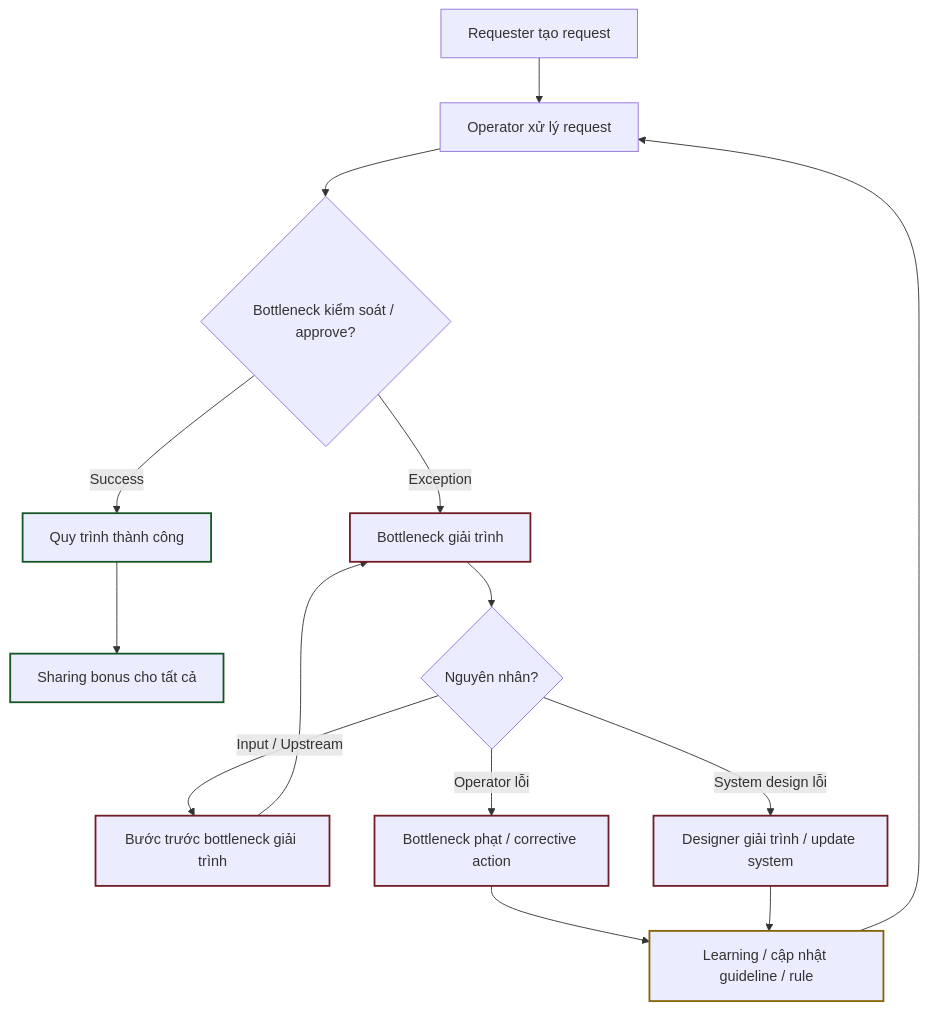
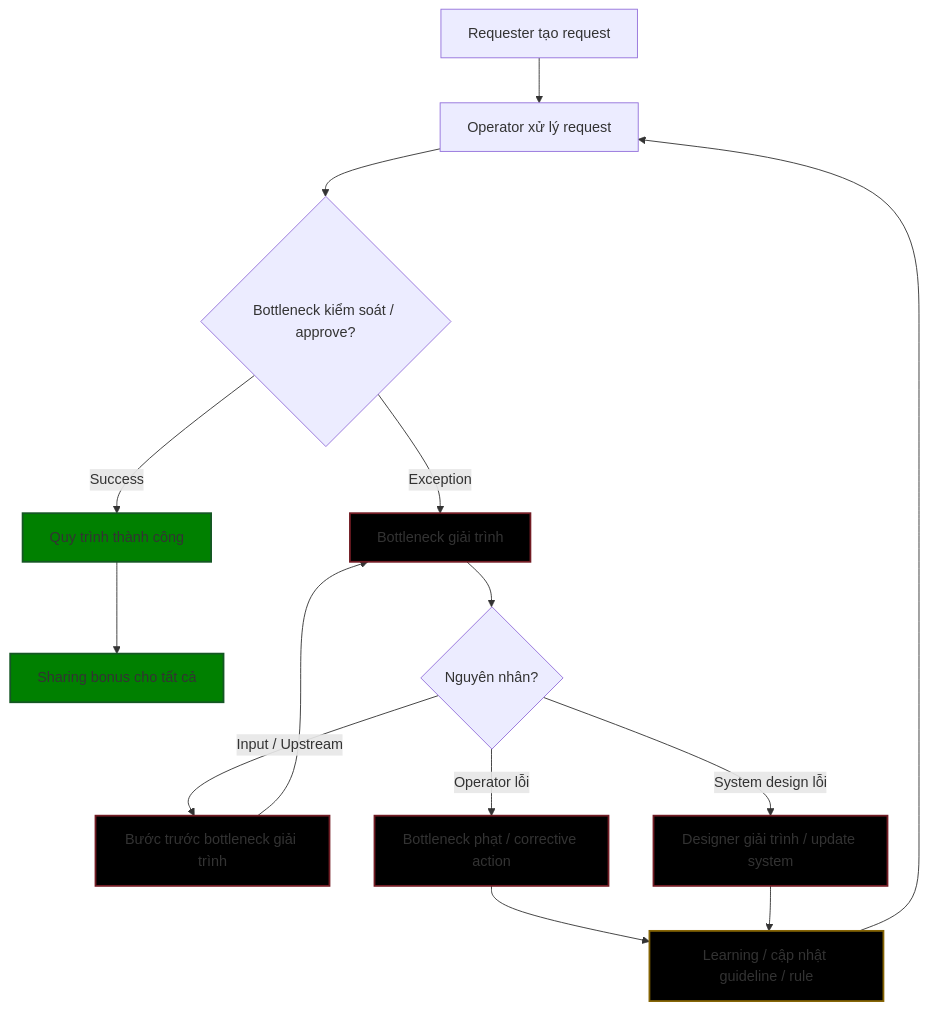
One commit to thanhgit/install-software changed the diagram in ai/quy trình hướng trách nhiệm.md. Above: the diagram before and after it, drawn with Mermaid.

Commit message:
Update quy trình hướng trách nhiệm.md

````diff
--- a/ai/quy trình hướng trách nhiệm.md
+++ b/ai/quy trình hướng trách nhiệm.md
@@ -7,29 +7,29 @@
 ```mermaid
 flowchart TD
     %% Nodes
     A[Requester tạo request] --> B[Operator xử lý request]
     B --> C{Bottleneck kiểm soát / approve?}
     C -->|Success| D[Quy trình thành công]
     D --> E[Sharing bonus cho tất cả]
     
     C -->|Exception| F[Bottleneck giải trình]
     F --> G{Nguyên nhân?}
     
     G -->|Input / Upstream| H[Bước trước bottleneck giải trình]
     G -->|Operator lỗi| I[Bottleneck phạt / corrective action]
     G -->|System design lỗi| J[Designer giải trình / update system]
     
     H --> F
     I --> K[Learning / cập nhật guideline / rule]
     J --> K
     K --> B
     
     %% Notes
-    classDef success fill:#green,stroke:#155724,stroke-width:2px;
-    classDef exception fill:#red,stroke:#721c24,stroke-width:2px;
-    classDef accountability fill:#yellow,stroke:#856404,stroke-width:2px;
+    classDef success fill:green,stroke:#155724,stroke-width:2px;
+    classDef exception fill:black,stroke:#721c24,stroke-width:2px;
+    classDef accountability fill:black,stroke:#856404,stroke-width:2px;
 
     class D,E success
     class F,H,I,J exception
     class K accountability
 ```
````
